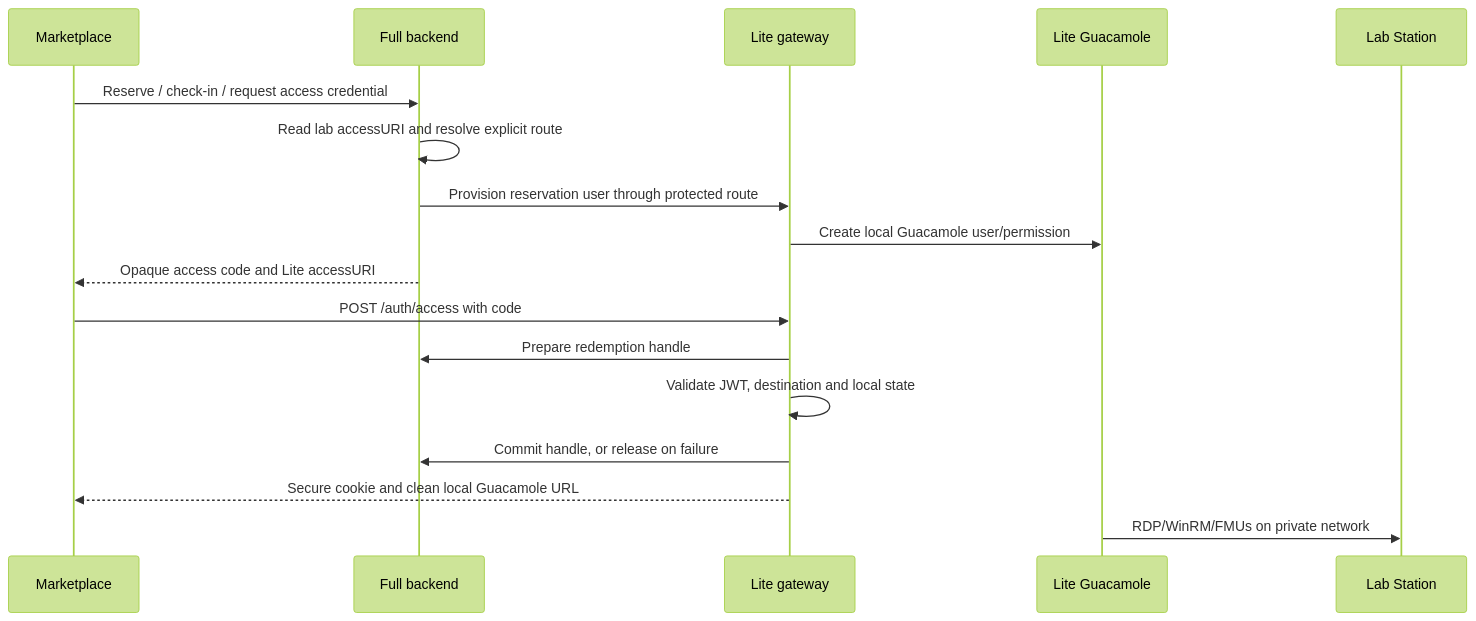
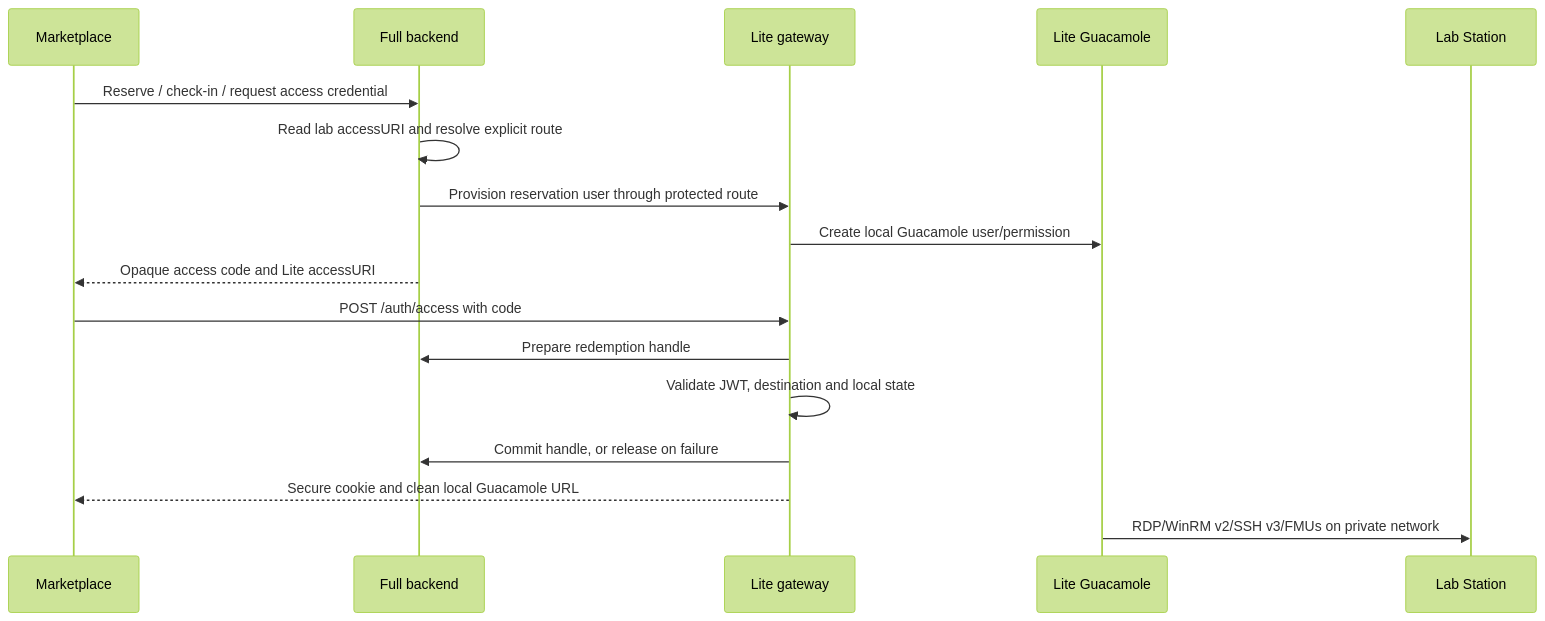
The second of 2 diagrams in docs/deployment-architectures.md (DecentraLabsCom/Lab-Gateway), drawn with Mermaid (forest theme) before and after one commit. The commit also changed other lines of this file and 14 other files, not shown here.

````diff
--- a/docs/deployment-architectures.md
+++ b/docs/deployment-architectures.md
@@ -213,20 +213,20 @@
 ```mermaid
 sequenceDiagram
     participant M as Marketplace
     participant F as Full backend
     participant L as Lite gateway
     participant G as Lite Guacamole
     participant S as Lab Station
 
     M->>F: Reserve / check-in / request access credential
     F->>F: Read lab accessURI and resolve explicit route
     F->>L: Provision reservation user through protected route
     L->>G: Create local Guacamole user/permission
     F-->>M: Opaque access code and Lite accessURI
     M->>L: POST /auth/access with code
     L->>F: Prepare redemption handle
     L->>L: Validate JWT, destination and local state
     L->>F: Commit handle, or release on failure
     L-->>M: Secure cookie and clean local Guacamole URL
-    G->>S: RDP/WinRM/FMUs on private network
+    G->>S: RDP/WinRM v2/SSH v3/FMUs on private network
 ```
````
